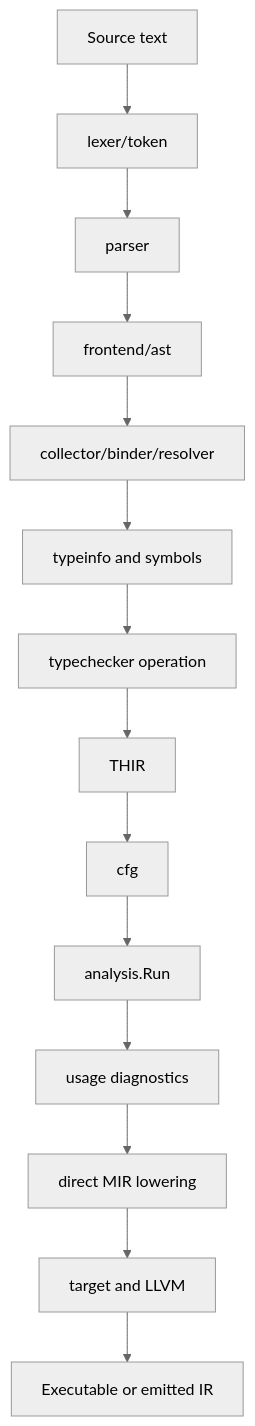
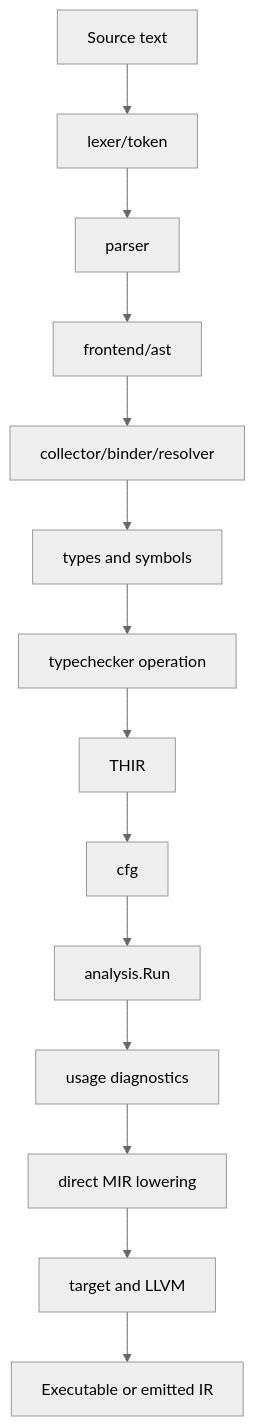
Before and after one commit to PeeperLanguage/compiler: the diagram in docs/architecture/README.md, drawn with Mermaid (neutral theme). The commit also changed 106 other files, not shown here.

First line of the commit message:
Rename the typeinfo package to types

````diff
--- a/docs/architecture/README.md
+++ b/docs/architecture/README.md
@@ -24,16 +24,16 @@
 ```mermaid
 flowchart TD
     Source[Source text] --> Lexer[lexer/token]
     Lexer --> Parser[parser]
     Parser --> AST[frontend/ast]
     AST --> Bind[collector/binder/resolver]
-    Bind --> Types[typeinfo and symbols]
+    Bind --> Types[types and symbols]
     Types --> Check[typechecker operation]
     Check --> THIR[THIR]
     THIR --> CFG[cfg]
     CFG --> Analysis[analysis.Run]
     Analysis --> Usage[usage diagnostics]
     Usage --> MIR[direct MIR lowering]
     MIR --> Backend[target and LLVM]
     Backend --> Output[Executable or emitted IR]
 ```
````
